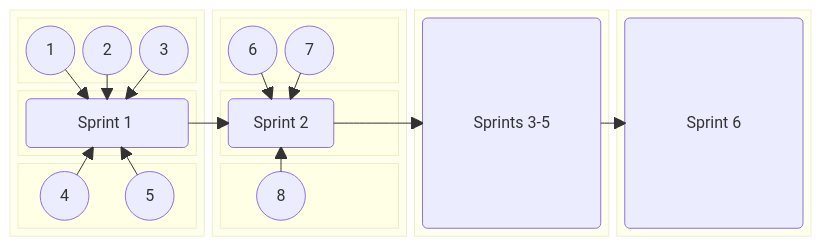
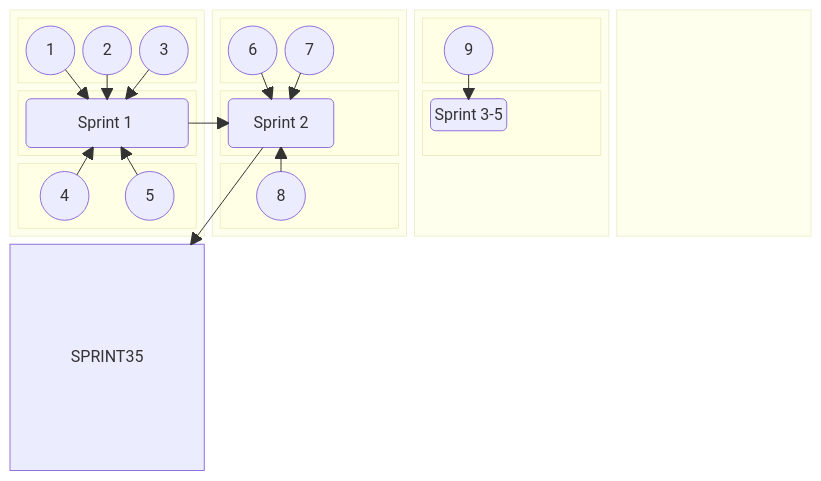
One commit to jdmedlock/mermaid_testing changed the second of 2 diagrams in README.md. Above: the diagram before and after it, drawn with Mermaid.

Commit message:
Feature: Add annotations to test layout

````diff
--- a/README.md
+++ b/README.md
@@ -90,54 +90,72 @@
 ```mermaid
   block-beta
     columns 4
     block:B1:1
       columns 1
       block:B1TOP
         A1(("&nbsp;&nbsp;&nbsp; 1 &nbsp;&nbsp;&nbsp;"))
         A2(("&nbsp;&nbsp;&nbsp; 2 &nbsp;&nbsp;&nbsp;"))
         A3(("&nbsp;&nbsp;&nbsp; 3 &nbsp;&nbsp;&nbsp;"))
       end
       block:B1CENTER
         SPRINT1("Sprint 1&nbsp;")
       end
       block:B1BOTTOM
         A4(("&nbsp;&nbsp;&nbsp; 4 &nbsp;&nbsp;&nbsp;"))
         A5(("&nbsp;&nbsp;&nbsp; 5 &nbsp;&nbsp;&nbsp;"))
       end
       A1 ----> SPRINT1
       A2 ----> SPRINT1
       A3 ----> SPRINT1
       A4 ----> SPRINT1
       A5 ----> SPRINT1
     end
 
     block:B2:1
       columns 1
       block:B2TOP
         A6(("&nbsp;&nbsp;&nbsp; 6 &nbsp;&nbsp;&nbsp;"))
         A7(("&nbsp;&nbsp;&nbsp; 7 &nbsp;&nbsp;&nbsp;"))
       end
       block:B2CENTER
         SPRINT2("Sprint 2")
       end
       block:B2BOTTOM
         A8(("&nbsp;&nbsp;&nbsp; 8 &nbsp;&nbsp;&nbsp;"))
       end
       A6 ----> SPRINT2
       A7 ----> SPRINT2
       A8 ----> SPRINT2
     end
 
     block:B3:1
-      SPRINT35("Sprints 3-5")
+      columns 1
+      block:B3TOP
+        A9(("&nbsp;&nbsp;&nbsp; 9 &nbsp;&nbsp;&nbsp;"))
+      end
+      block:B3CENTER
+        SPRINTS35("Sprint 3-5")
+      end
+      space
+
+      A9 ----> SPRINTS35
     end
 
     block:B4:1
-      SPRINT6("Sprint 6")
+      columns 1
+      block:B3TOP
+        A10(("&nbsp;&nbsp;&nbsp; 10 &nbsp;&nbsp;&nbsp;"))
+      end
+      block:B3CENTER
+        SPRINT6("Sprint 6")
+      end
+      space
+
+      A10 ----> SPRINT6
     end
 
     SPRINT1 --> SPRINT2
     SPRINT2 --> SPRINT35
     SPRINT35 --> SPRINT6
 
 ```
````
